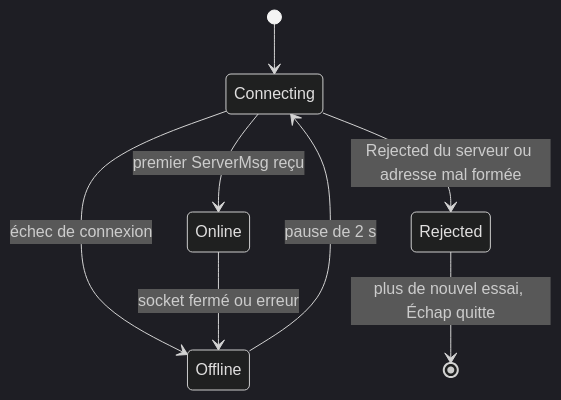
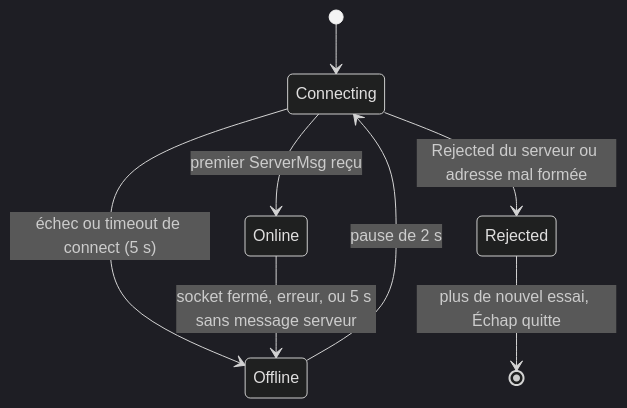
One commit to SuperKiment/console-rust-game-idk changed the second of 4 diagrams in docs/project-specific-docs/console-rust-game-idk/client/carto-architecture.md. Above: the diagram before and after it, drawn with Mermaid (dark theme). The commit also changed other lines of this file and 8 other files, not shown here.

````diff
--- a/docs/project-specific-docs/console-rust-game-idk/client/carto-architecture.md
+++ b/docs/project-specific-docs/console-rust-game-idk/client/carto-architecture.md
@@ -70,10 +70,10 @@
 ```mermaid
 stateDiagram-v2
     [*] --> Connecting
     Connecting --> Online : premier ServerMsg reçu
-    Connecting --> Offline : échec de connexion
-    Online --> Offline : socket fermé ou erreur
+    Connecting --> Offline : échec ou timeout de connect (5 s)
+    Online --> Offline : socket fermé, erreur, ou 5 s sans message serveur
     Offline --> Connecting : pause de 2 s
     Connecting --> Rejected : Rejected du serveur ou adresse mal formée
     Rejected --> [*] : plus de nouvel essai, Échap quitte
 ```
````
